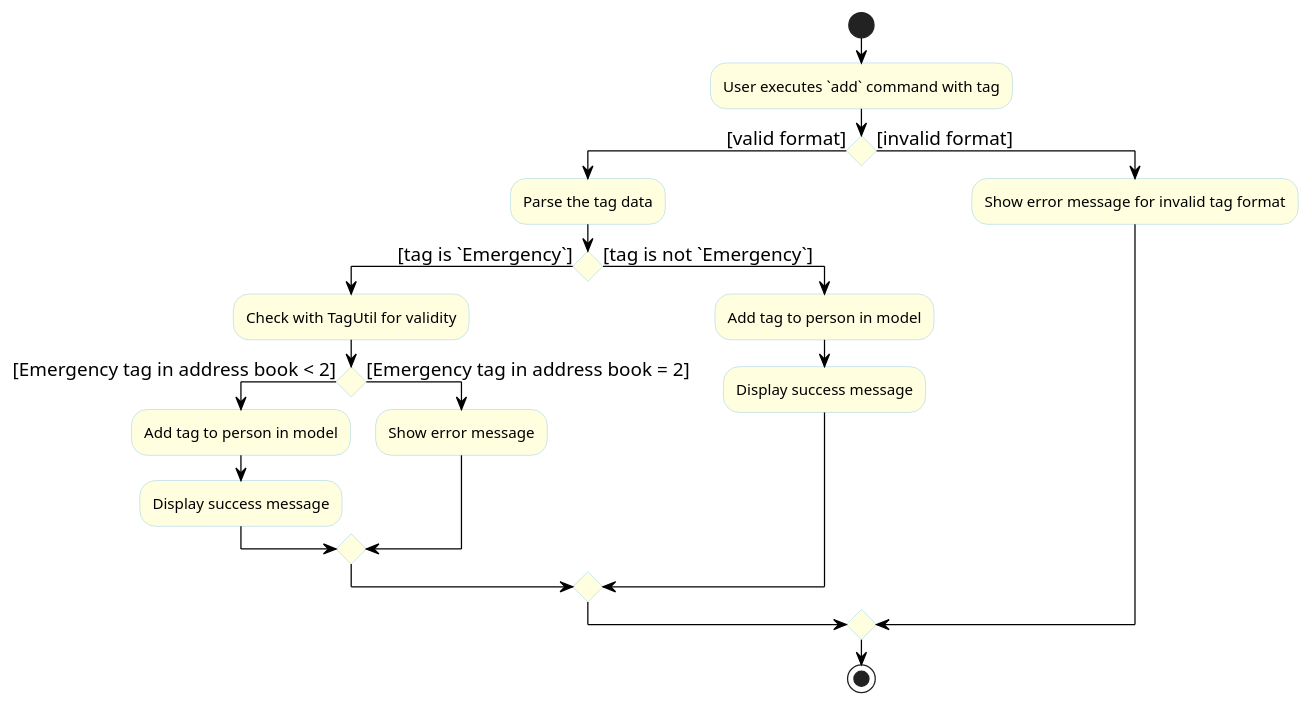
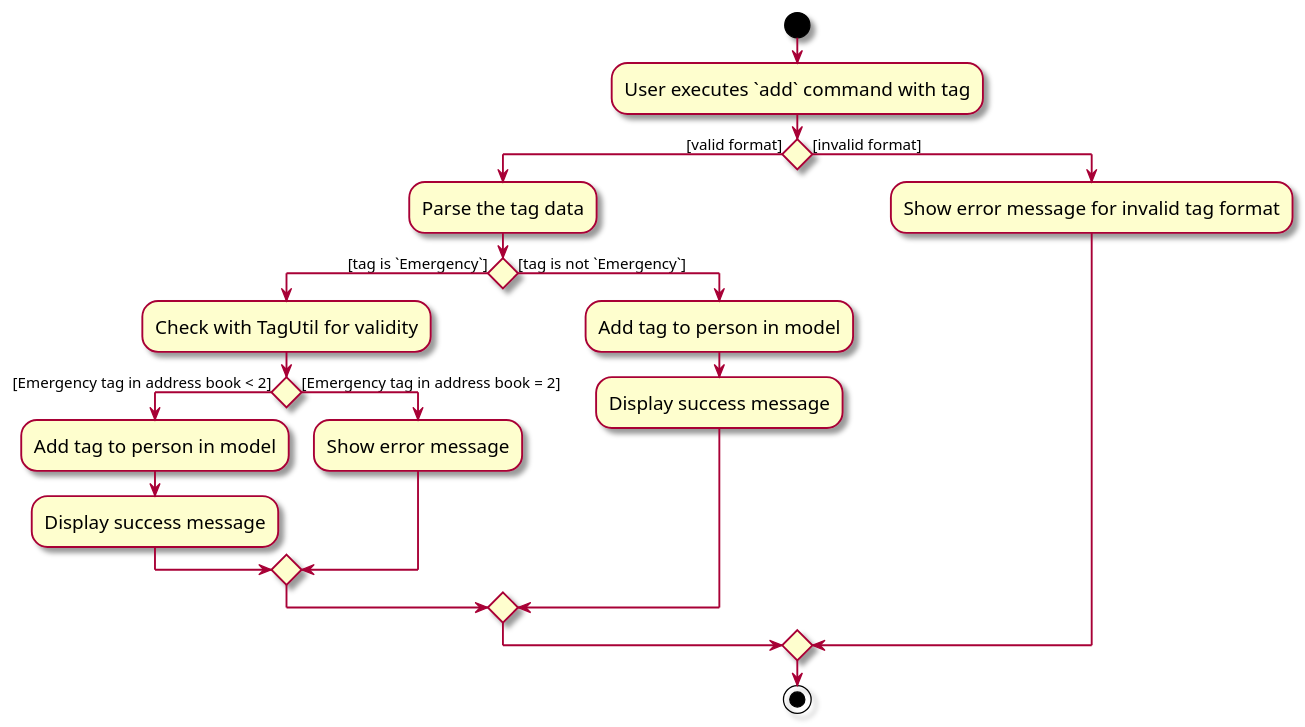
Before and after one commit to tanteckfang/tp: the diagram in docs/diagrams/TagActivityDiagram.puml, drawn with PlantUML. The commit also changed 6 other files, not shown here.

Commit message:
Update various diagrams, fix use cases and add a theme use case

```diff
--- a/docs/diagrams/TagActivityDiagram.puml
+++ b/docs/diagrams/TagActivityDiagram.puml
@@ -1,31 +1,30 @@
 @startuml
-skinparam activityBackgroundColor LightYellow
-skinparam activityBorderColor LightBlue
-skinparam activityArrowColor Black
-skinparam activityArrowFontSize 15
+skin rose
+skinparam ActivityFontSize 15
+skinparam ArrowFontSize 12
 
 start
 
 :User executes `add` command with tag;
 
 if () then ([valid format])
     :Parse the tag data;
     if () then ([tag is `Emergency`])
         :Check with TagUtil for validity;
         if () then ([Emergency tag in address book < 2])
             :Add tag to person in model;
             :Display success message;
         else ([Emergency tag in address book = 2])
             :Show error message;
         endif
     else ([tag is not `Emergency`])
         :Add tag to person in model;
         :Display success message;
     endif
 else ([invalid format])
     :Show error message for invalid tag format;
 endif
 
 stop
 
 @enduml
```
